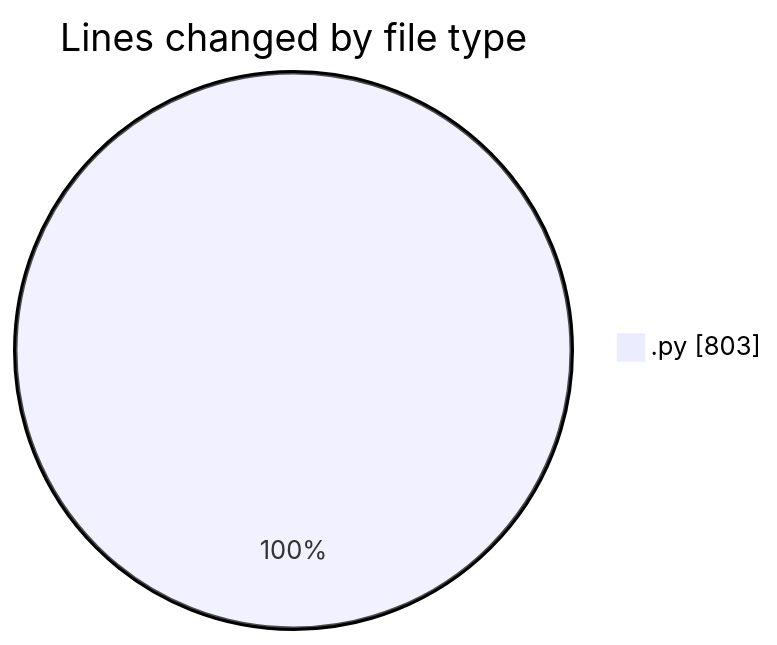
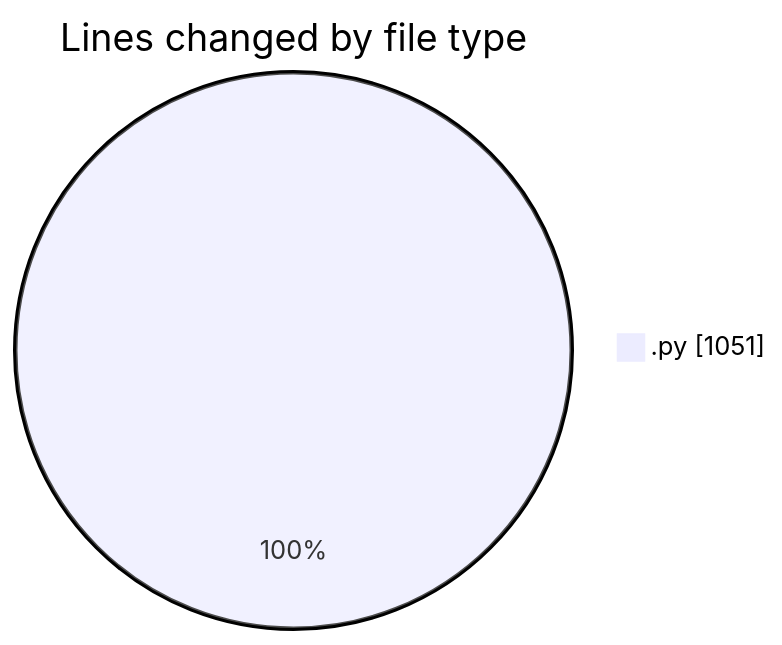
One commit to julien-gomy/code-tracking changed the first of 2 diagrams in 2025-10-23/eventscop-api-guide__workspace_/README.md. Above: the diagram before and after it, drawn with Mermaid. The commit also changed other lines of this file and 1 other file, not shown here.

````diff
--- a/2025-10-23/eventscop-api-guide__workspace_/README.md
+++ b/2025-10-23/eventscop-api-guide__workspace_/README.md
@@ -21,5 +22,5 @@
 ```mermaid
 pie showData
 title Lines changed by file type
-".py" : 803
+".py" : 1051
 ```
````
